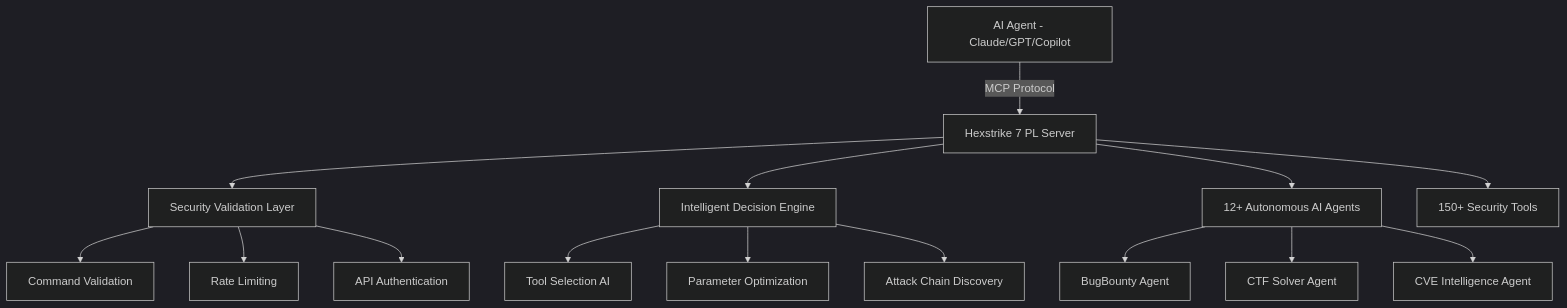
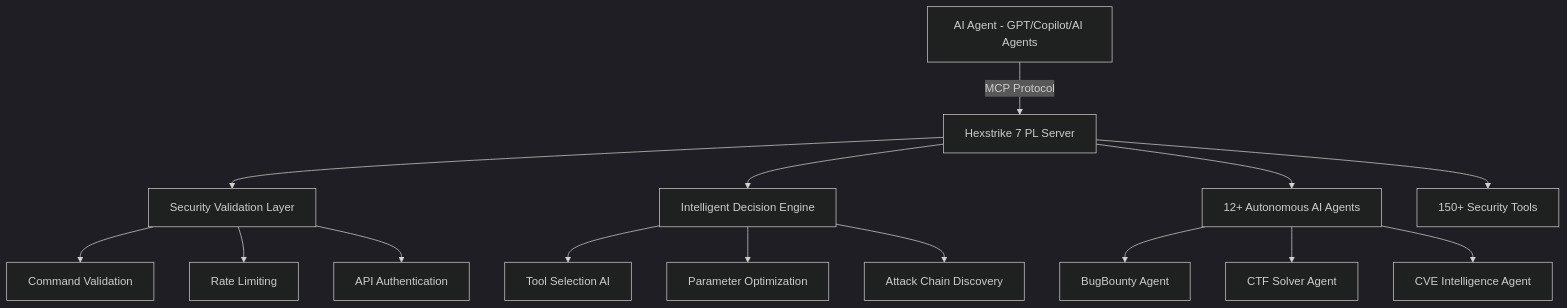
Before and after one commit to netcuter/Hexstrike-AI: the diagram in README.md, drawn with Mermaid (dark theme). The commit also changed other lines of this file and 1 other file, not shown here.

````diff
--- a/README.md
+++ b/README.md
@@ -307,22 +307,22 @@
 ```mermaid
 graph TD
-    A[AI Agent - Claude/GPT/Copilot] -->|MCP Protocol| B[Hexstrike 7 PL Server]
+    A[AI Agent - GPT/Copilot/AI Agents] -->|MCP Protocol| B[Hexstrike 7 PL Server]
 
     B --> C[Security Validation Layer]
     B --> D[Intelligent Decision Engine]
     B --> E[12+ Autonomous AI Agents]
 
     C --> F[Command Validation]
     C --> G[Rate Limiting]
     C --> H[API Authentication]
 
     D --> I[Tool Selection AI]
     D --> J[Parameter Optimization]
     D --> K[Attack Chain Discovery]
 
     E --> L[BugBounty Agent]
     E --> M[CTF Solver Agent]
     E --> N[CVE Intelligence Agent]
 
     B --> O[150+ Security Tools]
 ```
````
